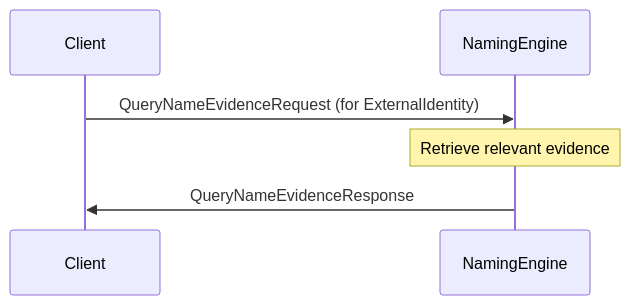
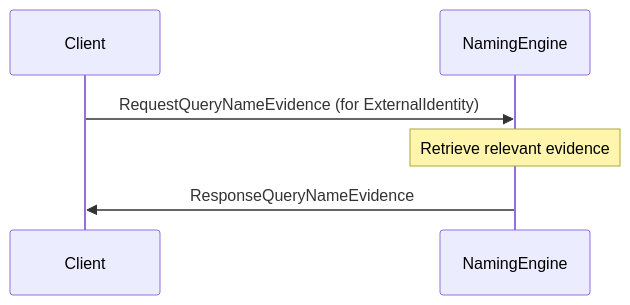
Before and after one commit to anoma/nspec: the third of 3 diagrams in docs/arch/node/engines/naming_messages.juvix.md, drawn with Mermaid. The commit also changed other lines of this file and 3 other files, not shown here.

````diff
--- a/docs/arch/node/engines/naming_messages.juvix.md
+++ b/docs/arch/node/engines/naming_messages.juvix.md
@@ -187,9 +185,9 @@
 ```mermaid
 sequenceDiagram
     participant Client
     participant NamingEngine
 
-    Client->>NamingEngine: QueryNameEvidenceRequest (for ExternalIdentity)
+    Client->>NamingEngine: RequestQueryNameEvidence (for ExternalIdentity)
     Note over NamingEngine: Retrieve relevant evidence
-    NamingEngine->>Client: QueryNameEvidenceResponse
+    NamingEngine->>Client: ResponseQueryNameEvidence
 ```
````
